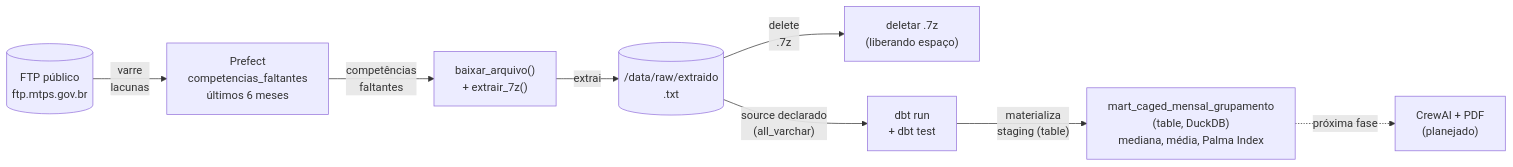
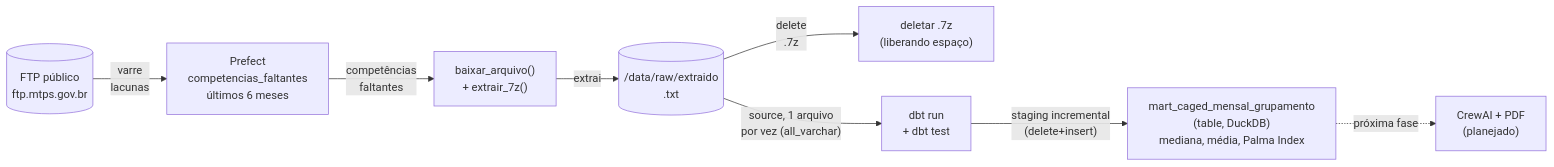
One commit to raulleninis/heco-caged-datastack changed the first of 2 diagrams in README.md. Above: the diagram before and after it, drawn with Mermaid. The commit also changed other lines of this file, not shown here.

First line of the commit message:
docs: Atualizar README com staging incremental e limitação de memória real

````diff
--- a/README.md
+++ b/README.md
@@ -10,19 +10,19 @@
 ```mermaid
 flowchart LR
     FTP[("FTP público\nftp.mtps.gov.br")]
     SCAN["Prefect\ncompetencias_faltantes<br/>últimos 6 meses"]
     DL["baixar_arquivo()<br/>+ extrair_7z()"]
     DEL["deletar .7z<br/>(liberando espaço)"]
     RAW[("/data/raw/extraido<br/>.txt")]
     RUN["dbt run<br/>+ dbt test"]
     MART["mart_caged_mensal_grupamento<br/>(table, DuckDB)<br/>mediana, média, Palma Index"]
     REPORT["CrewAI + PDF<br/>(planejado)"]
 
     FTP -->|"varre<br/>lacunas"| SCAN
     SCAN -->|"competências<br/>faltantes"| DL
     DL -->|"extrai"| RAW
     RAW -->|"delete<br/>.7z"| DEL
-    RAW -->|"source declarado<br/>(all_varchar)"| RUN
-    RUN -->|"materializa<br/>staging (table)"| MART
+    RAW -->|"source, 1 arquivo<br/>por vez (all_varchar)"| RUN
+    RUN -->|"staging incremental<br/>(delete+insert)"| MART
     MART -.->|"próxima fase"| REPORT
 ```
````
